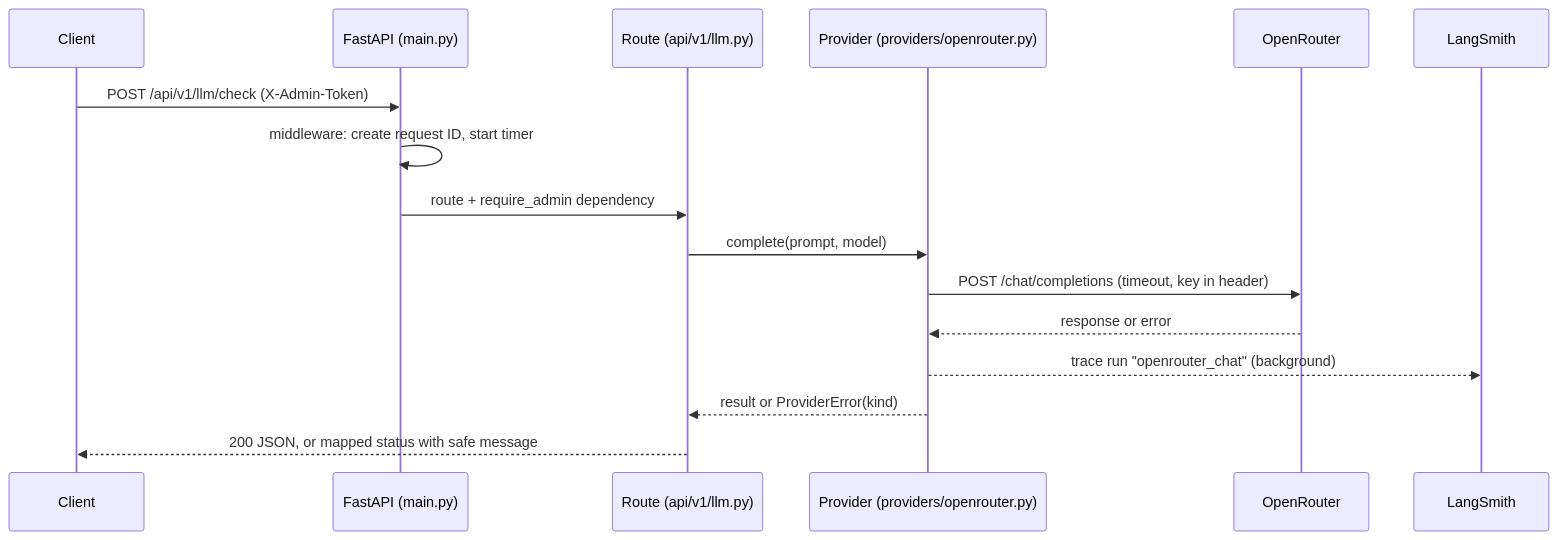
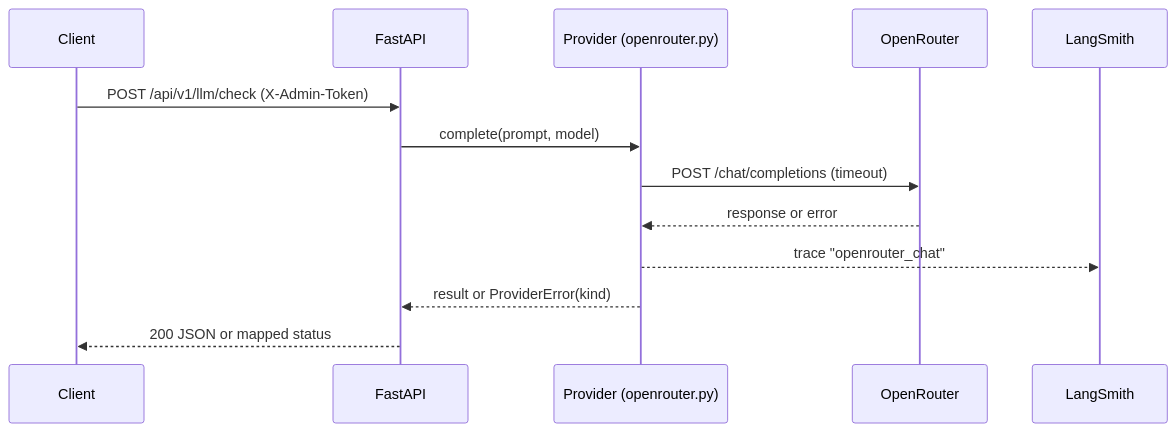
Before and after one commit to sanojDD/agentops: the first of 2 diagrams in docs/ARCHITECTURE.md, drawn with Mermaid. The commit also changed other lines of this file and 13 other files, not shown here.

````diff
--- a/docs/ARCHITECTURE.md
+++ b/docs/ARCHITECTURE.md
@@ -5,19 +21,16 @@
 ```mermaid
 sequenceDiagram
     participant C as Client
-    participant API as FastAPI (main.py)
-    participant R as Route (api/v1/llm.py)
-    participant P as Provider (providers/openrouter.py)
+    participant API as FastAPI
+    participant P as Provider (openrouter.py)
     participant OR as OpenRouter
     participant LS as LangSmith
 
     C->>API: POST /api/v1/llm/check (X-Admin-Token)
-    API->>API: middleware: create request ID, start timer
-    API->>R: route + require_admin dependency
-    R->>P: complete(prompt, model)
-    P->>OR: POST /chat/completions (timeout, key in header)
+    API->>P: complete(prompt, model)
+    P->>OR: POST /chat/completions (timeout)
     OR-->>P: response or error
-    P-->>LS: trace run "openrouter_chat" (background)
-    P-->>R: result or ProviderError(kind)
-    R-->>C: 200 JSON, or mapped status with safe message
+    P-->>LS: trace "openrouter_chat"
+    P-->>API: result or ProviderError(kind)
+    API-->>C: 200 JSON or mapped status
 ```
````
